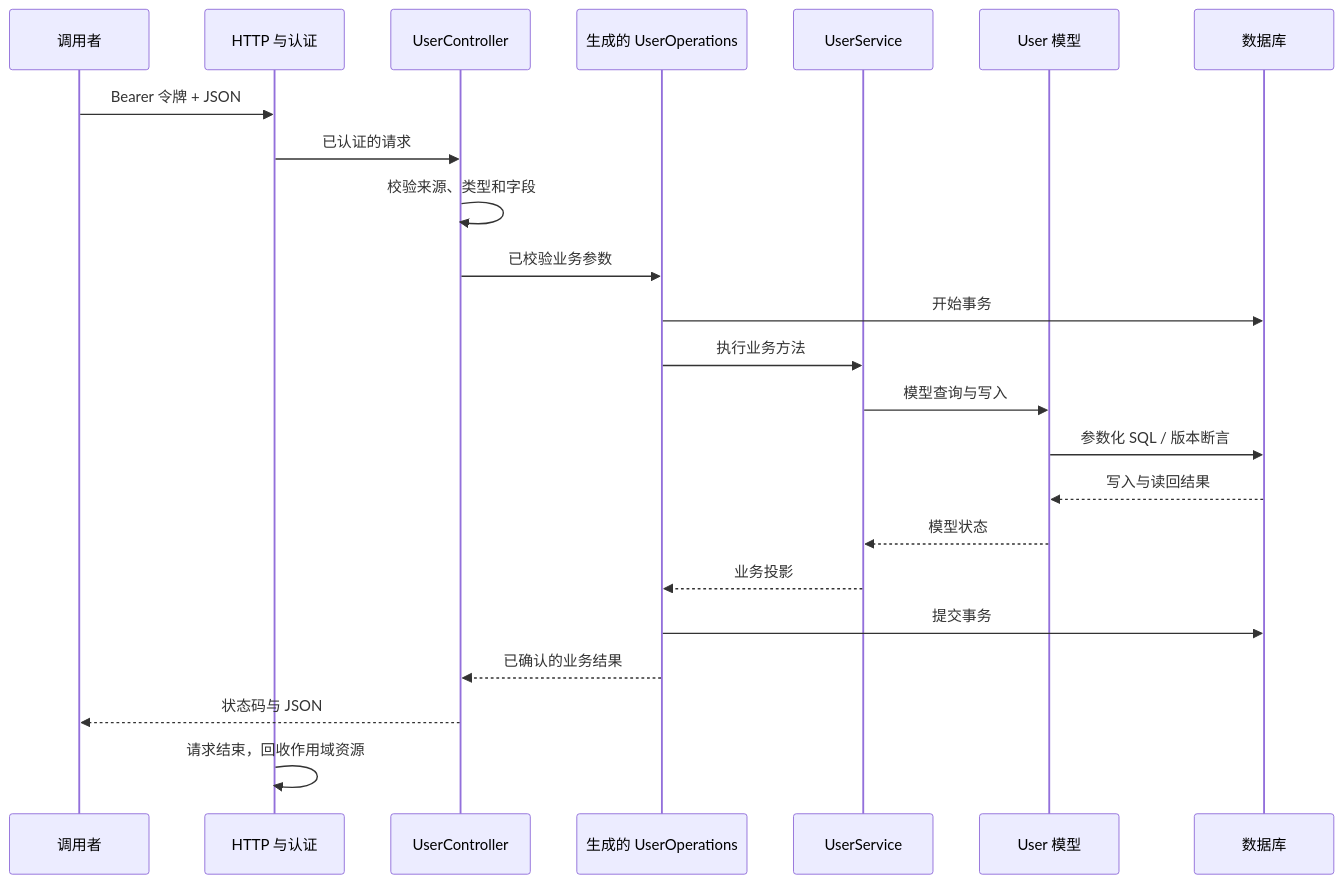
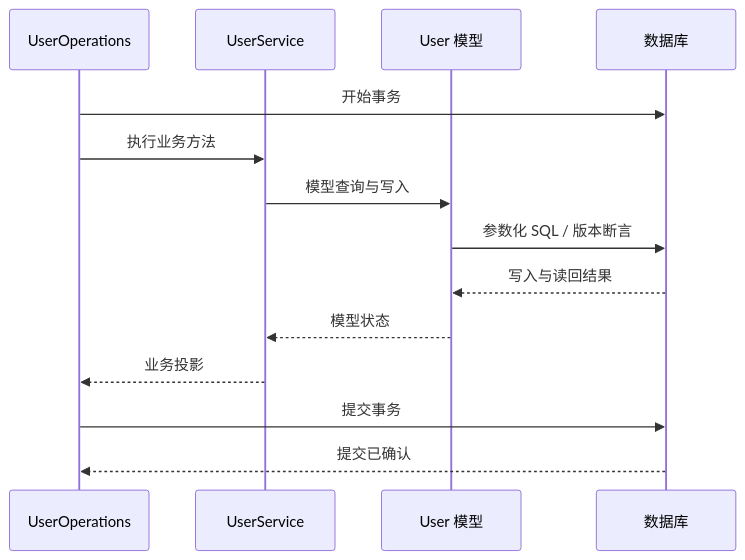
Before and after one commit to zoujingli/typeapp: the third of 3 diagrams in docs/guide/tutorial.md, drawn with Mermaid. The commit also changed other lines of this file and 31 other files, not shown here.

Commit message:
docs(release): 细化版本安装与组件图示并记录候选验收边界

````diff
--- a/docs/guide/tutorial.md
+++ b/docs/guide/tutorial.md
@@ -69,25 +89,16 @@
 ```mermaid
 sequenceDiagram
-  participant Client as 调用者
-  participant HTTP as HTTP 与认证
-  participant Controller as UserController
-  participant Operations as 生成的 UserOperations
+  participant Operations as UserOperations
   participant Service as UserService
   participant Model as User 模型
   participant DB as 数据库
-  Client->>HTTP: Bearer 令牌 + JSON
-  HTTP->>Controller: 已认证的请求
-  Controller->>Controller: 校验来源、类型和字段
-  Controller->>Operations: 已校验业务参数
   Operations->>DB: 开始事务
   Operations->>Service: 执行业务方法
   Service->>Model: 模型查询与写入
   Model->>DB: 参数化 SQL / 版本断言
   DB-->>Model: 写入与读回结果
   Model-->>Service: 模型状态
   Service-->>Operations: 业务投影
   Operations->>DB: 提交事务
-  Operations-->>Controller: 已确认的业务结果
-  Controller-->>Client: 状态码与 JSON
-  HTTP->>HTTP: 请求结束，回收作用域资源
+  DB-->>Operations: 提交已确认
 ```
````
